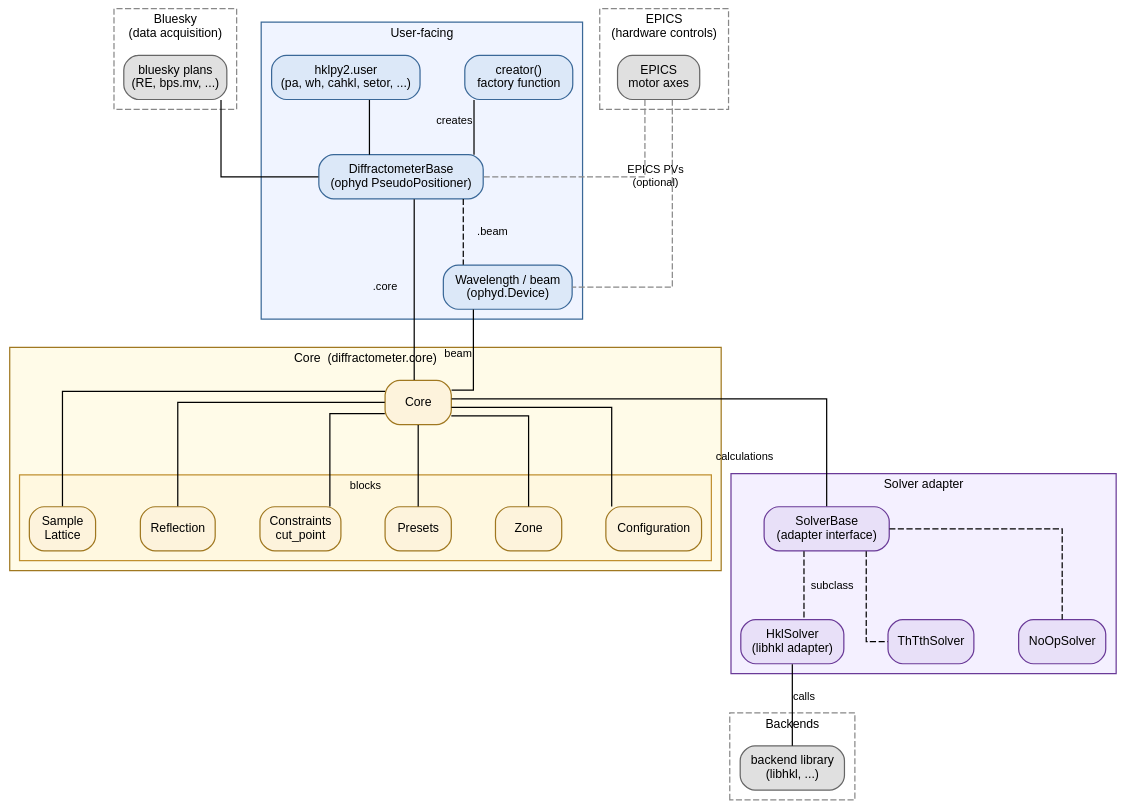
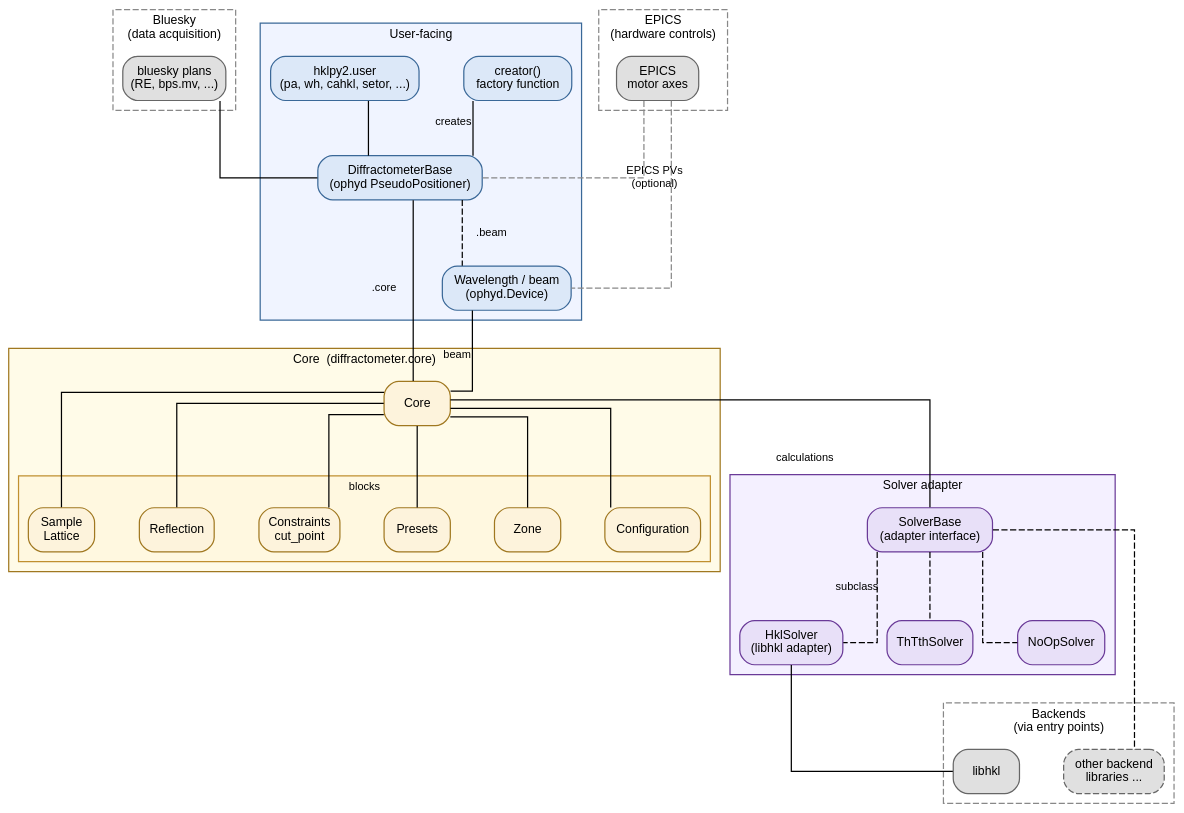
The diagram in docs/source/concepts/__overview.rst (bluesky/hklpy2), drawn with Graphviz before and after one commit.

Commit message:
docs #296 fix architecture diagram backend connections
HklSolver connects specifically to libhkl. SolverBase connects
(dashed) to other backend libraries via entry points. NoOpSolver
and ThTthSolver have no backend connections. Rename backend node
from generic to libhkl; add dashed 'other backends' node.
Agent: OpenCode (claudeopus46)

```diff
--- a/docs/source/concepts/__overview.rst
+++ b/docs/source/concepts/__overview.rst
@@ -135,14 +135,17 @@
         }
 
         subgraph cluster_backend {
-            label="Backends"
+            label="Backends\n(via entry points)"
             style=dashed
             color="#888888"
             fontname="sans-serif"
             fontsize=10
 
-            backend  [label="backend library\n(libhkl, ...)",
+            libhkl   [label="libhkl",
                       fillcolor="#e0e0e0", color="#666666"]
+            otherbk  [label="other backend\nlibraries ...",
+                      fillcolor="#e0e0e0", color="#666666",
+                      style="rounded,filled,dashed"]
         }
 
         bluesky    -> diffract
@@ -166,5 +169,6 @@
         solverbase -> hklsolver    [style=dashed, label="subclass"]
         solverbase -> thttthsolver [style=dashed]
         solverbase -> noopsolver   [style=dashed]
-        hklsolver  -> backend      [label="calls"]
+        hklsolver  -> libhkl
+        solverbase -> otherbk      [style=dashed]
     }
```
